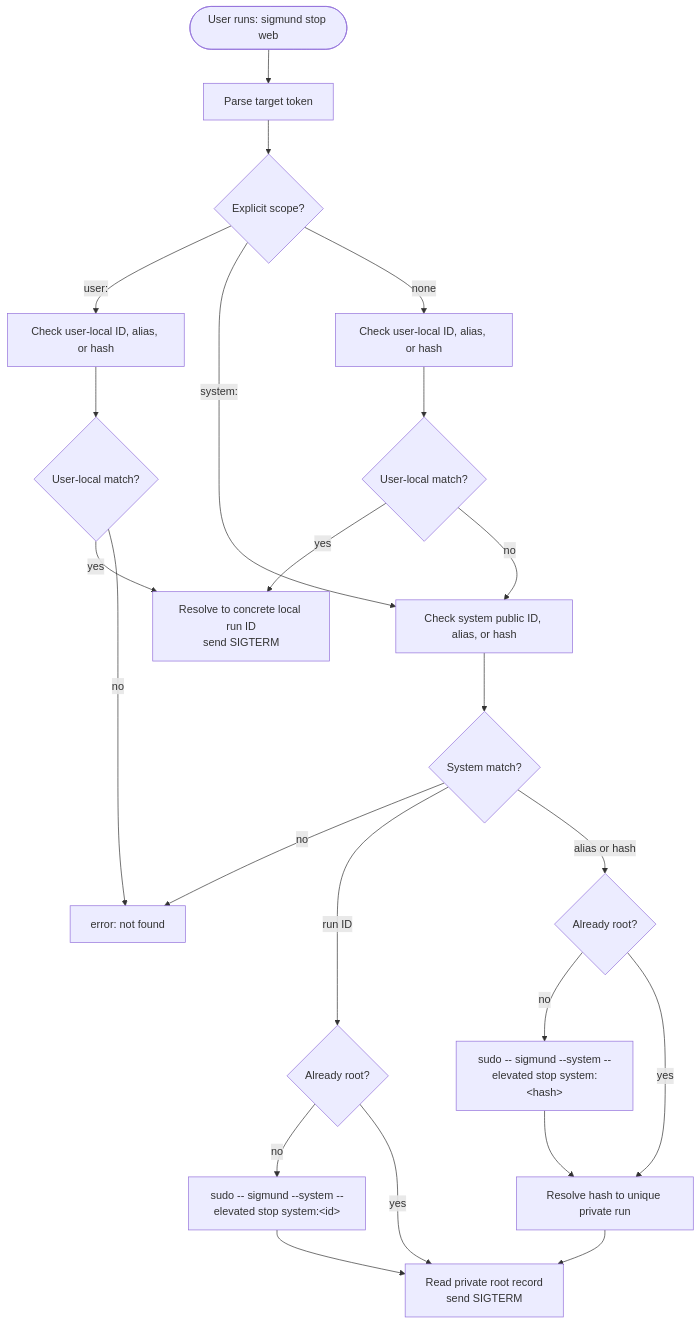
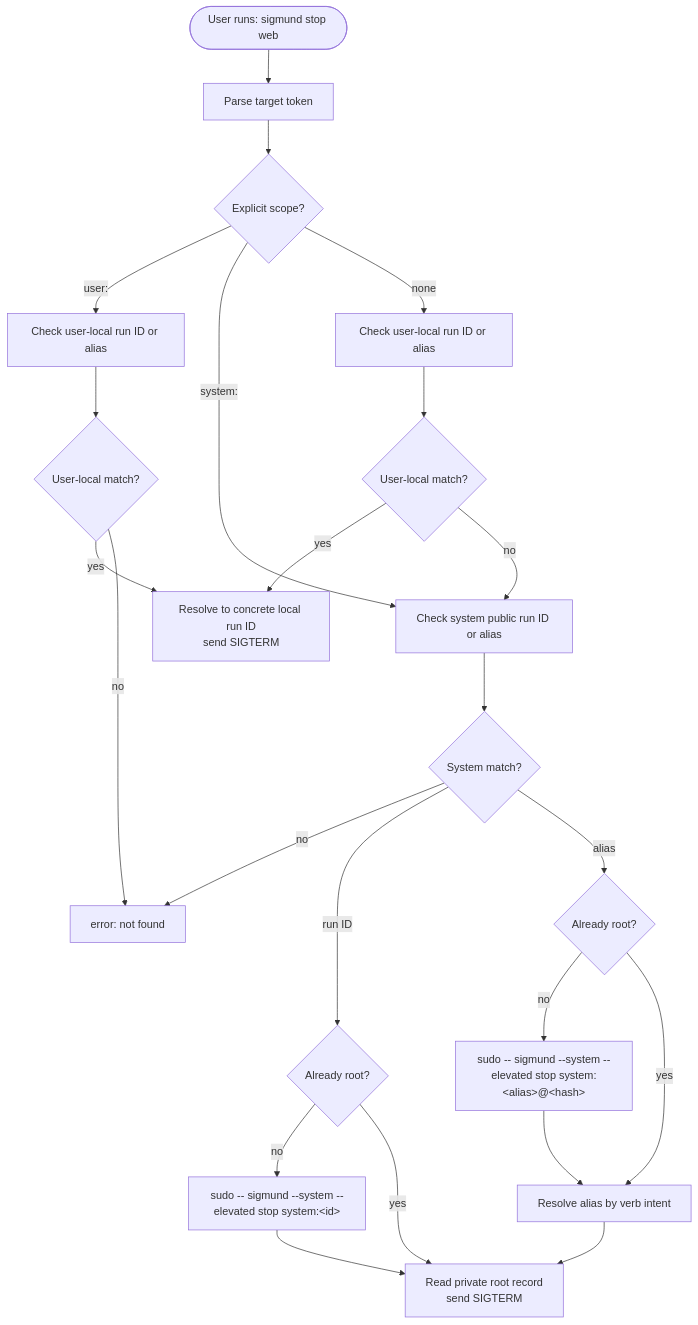
The third of 4 diagrams in README.md (RchGrav/onhold), drawn with Mermaid before and after one commit. The commit also changed other lines of this file and 4 other files, not shown here.

Commit message:
Implement alias intent resolution for 0.3.0

````diff
--- a/README.md
+++ b/README.md
@@ -340,30 +351,30 @@
 ```mermaid
 flowchart TD
     Start(["User runs: sigmund stop web"]) --> Parse["Parse target token"]
     Parse --> Scope{"Explicit scope?"}
 
-    Scope -->|"user:"| UserOnly["Check user-local ID, alias, or hash"]
-    Scope -->|"system:"| SystemOnly["Check system public ID, alias, or hash"]
-    Scope -->|"none"| LocalFirst["Check user-local ID, alias, or hash"]
+    Scope -->|"user:"| UserOnly["Check user-local run ID or alias"]
+    Scope -->|"system:"| SystemOnly["Check system public run ID or alias"]
+    Scope -->|"none"| LocalFirst["Check user-local run ID or alias"]
 
     LocalFirst --> LocalFound{"User-local match?"}
     LocalFound -->|"yes"| LocalExec["Resolve to concrete local run ID<br/>send SIGTERM"]
     LocalFound -->|"no"| SystemOnly
 
     UserOnly --> UserFound{"User-local match?"}
     UserFound -->|"yes"| LocalExec
     UserFound -->|"no"| NotFound["error: not found"]
 
     SystemOnly --> SystemFound{"System match?"}
     SystemFound -->|"no"| NotFound
     SystemFound -->|"run ID"| NeedRootID{"Already root?"}
-    SystemFound -->|"alias or hash"| NeedRootHash{"Already root?"}
+    SystemFound -->|"alias"| NeedRootAlias{"Already root?"}
 
     NeedRootID -->|"no"| SudoID["sudo -- sigmund --system --elevated stop system:&lt;id&gt;"]
-    NeedRootHash -->|"no"| SudoHash["sudo -- sigmund --system --elevated stop system:&lt;hash&gt;"]
+    NeedRootAlias -->|"no"| SudoAlias["sudo -- sigmund --system --elevated stop system:&lt;alias&gt;@&lt;hash&gt;"]
     NeedRootID -->|"yes"| RootExec["Read private root record<br/>send SIGTERM"]
-    NeedRootHash -->|"yes"| RootResolve["Resolve hash to unique private run"]
+    NeedRootAlias -->|"yes"| RootResolve["Resolve alias by verb intent"]
     RootResolve --> RootExec
     SudoID --> RootExec
-    SudoHash --> RootResolve
+    SudoAlias --> RootResolve
 ```
````
